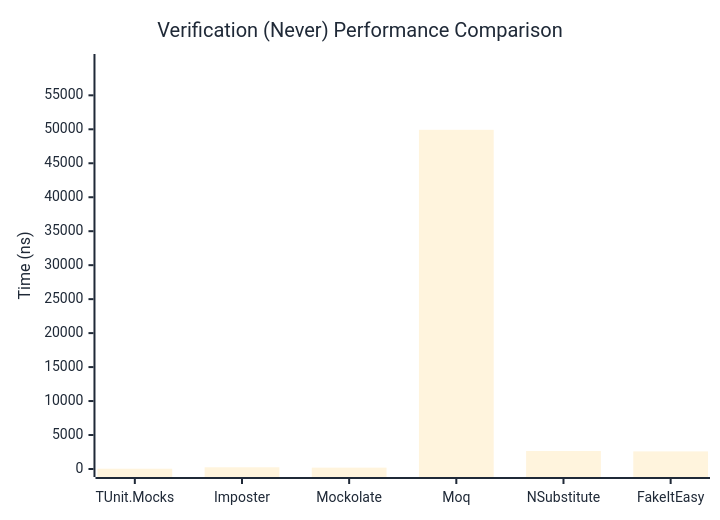
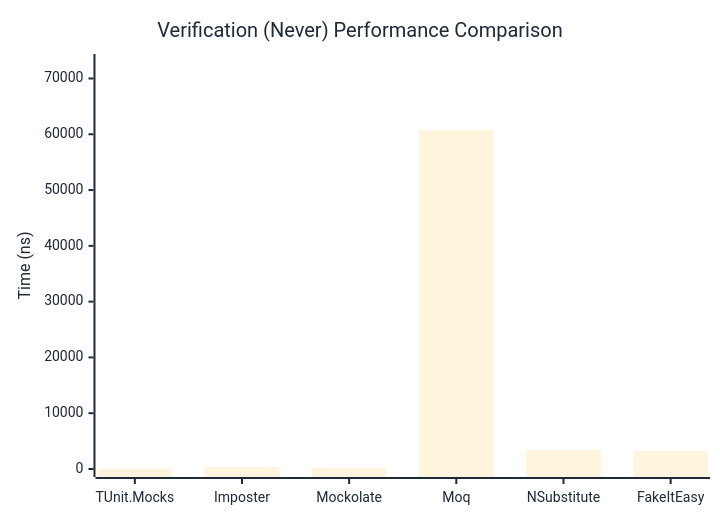
One commit to thomhurst/TUnit changed the second of 3 diagrams in docs/docs/benchmarks/mocks/Verification.md. Above: the diagram before and after it, drawn with Mermaid. The commit also changed other lines of this file and 14 other files, not shown here.

````diff
--- a/docs/docs/benchmarks/mocks/Verification.md
+++ b/docs/docs/benchmarks/mocks/Verification.md
@@ -69,27 +69,27 @@
 ```mermaid
 %%{init: {
   'theme':'base',
   'themeVariables': {
     'primaryColor': '#2563eb',
     'primaryTextColor': '#1f2937',
     'primaryBorderColor': '#1e40af',
     'lineColor': '#6b7280',
     'secondaryColor': '#7c3aed',
     'tertiaryColor': '#dc2626',
     'background': '#ffffff',
     'pie1': '#2563eb',
     'pie2': '#7c3aed',
     'pie3': '#dc2626',
     'pie4': '#f59e0b',
     'pie5': '#10b981',
     'pie6': '#06b6d4',
     'pie7': '#ec4899',
     'pie8': '#6366f1'
   }
 }}%%
 xychart-beta
   title "Verification (Never) Performance Comparison"
   x-axis ["TUnit.Mocks", "Imposter", "Mockolate", "Moq", "NSubstitute", "FakeItEasy"]
-  y-axis "Time (ns)" 0 --> 59904
-  bar [40.63, 253.42, 197.21, 49919.91, 2649.79, 2592.75]
+  y-axis "Time (ns)" 0 --> 72954
+  bar [53.81, 330.18, 253.07, 60794.75, 3404.64, 3226.32]
 ```
````
